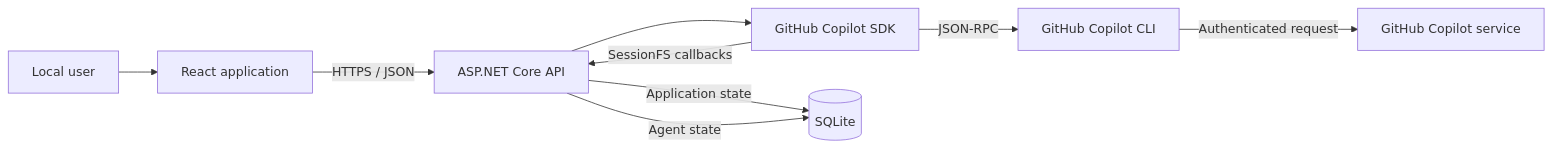
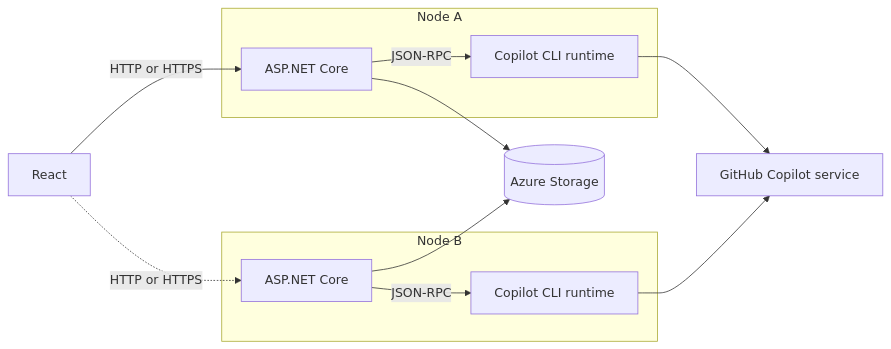
The first of 2 diagrams in docs/architecture.md (akhayash/copilot-session-persistence-poc), drawn with Mermaid before and after one commit. The commit also changed other lines of this file and 45 other files, not shown here.

First line of the commit message:
feat: add Azure Storage SessionFS mode

````diff
--- a/docs/architecture.md
+++ b/docs/architecture.md
@@ -29,19 +31,23 @@
 ```mermaid
 flowchart LR
-    User[Local user]
-    Browser[React application]
-    Api[ASP.NET Core API]
-    CopilotSdk[GitHub Copilot SDK]
-    CopilotCli[GitHub Copilot CLI]
-    CopilotService[GitHub Copilot service]
-    Sqlite[(SQLite)]
+    Browser[React]
 
-    User --> Browser
-    Browser -->|HTTPS / JSON| Api
-    Api --> CopilotSdk
-    CopilotSdk -->|JSON-RPC| CopilotCli
-    CopilotCli -->|Authenticated request| CopilotService
-    Api -->|Application state| Sqlite
-    CopilotSdk -->|SessionFS callbacks| Api
-    Api -->|Agent state| Sqlite
+    subgraph PairA[Node A]
+        WebA[ASP.NET Core]
+        RuntimeA[Copilot CLI runtime]
+        WebA -->|JSON-RPC| RuntimeA
+    end
+
+    subgraph PairB[Node B]
+        WebB[ASP.NET Core]
+        RuntimeB[Copilot CLI runtime]
+        WebB -->|JSON-RPC| RuntimeB
+    end
+
+    Browser -->|HTTP or HTTPS| WebA
+    Browser -.->|HTTP or HTTPS| WebB
+    WebA --> Shared[(Azure Storage)]
+    WebB --> Shared
+    RuntimeA --> Copilot[GitHub Copilot service]
+    RuntimeB --> Copilot
 ```
````
